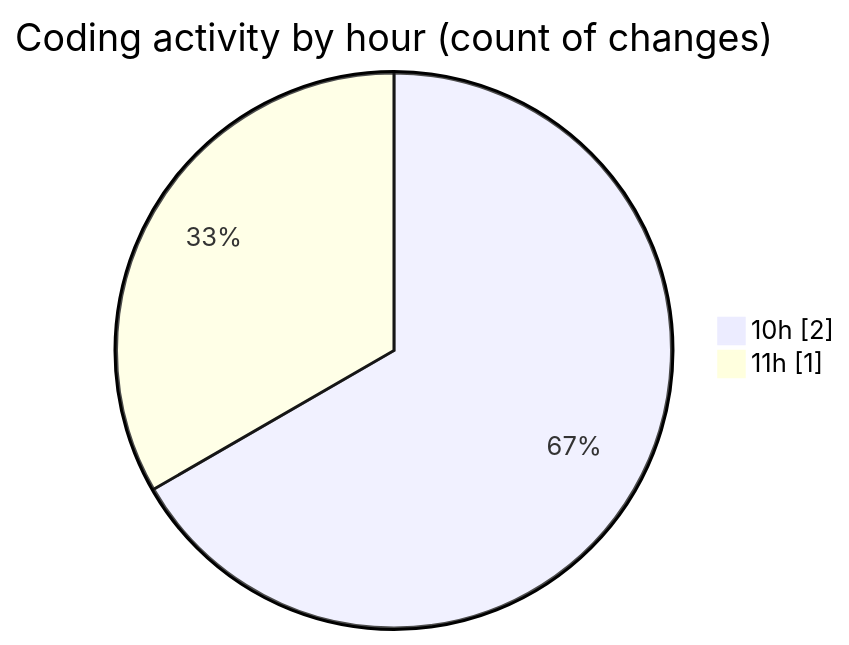
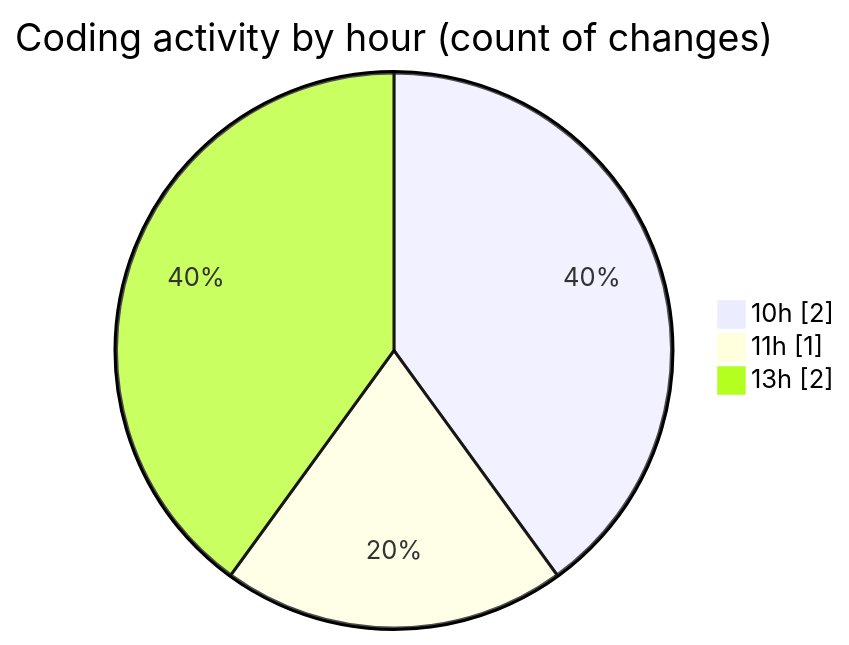
The second of 2 diagrams in 2025-04-14/web/README.md (LanceThiago/code-tracking), drawn with Mermaid before and after one commit. The commit also changed other lines of this file and 1 other file, not shown here.

````diff
--- a/2025-04-14/web/README.md
+++ b/2025-04-14/web/README.md
@@ -28,6 +29,7 @@
 ```mermaid
 pie showData
 title Coding activity by hour (count of changes)
 "10h" : 2
 "11h" : 1
+"13h" : 2
 ```
````
